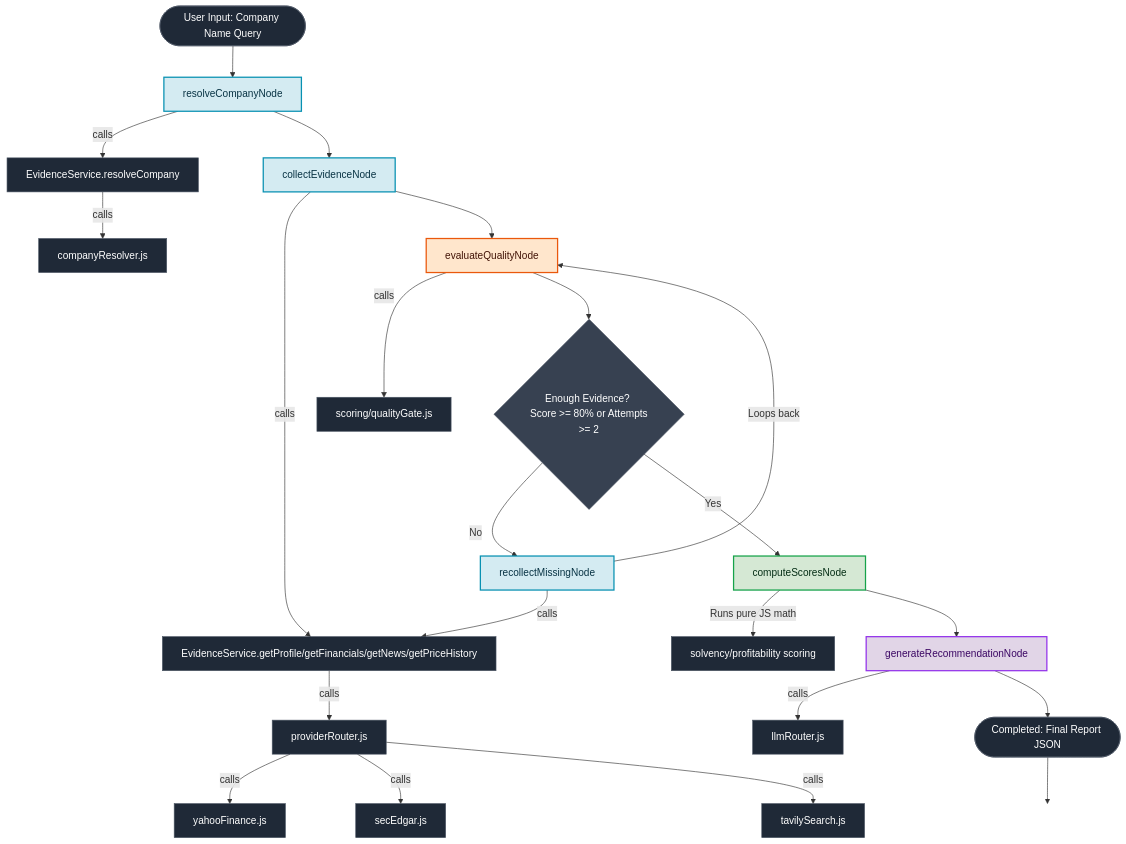
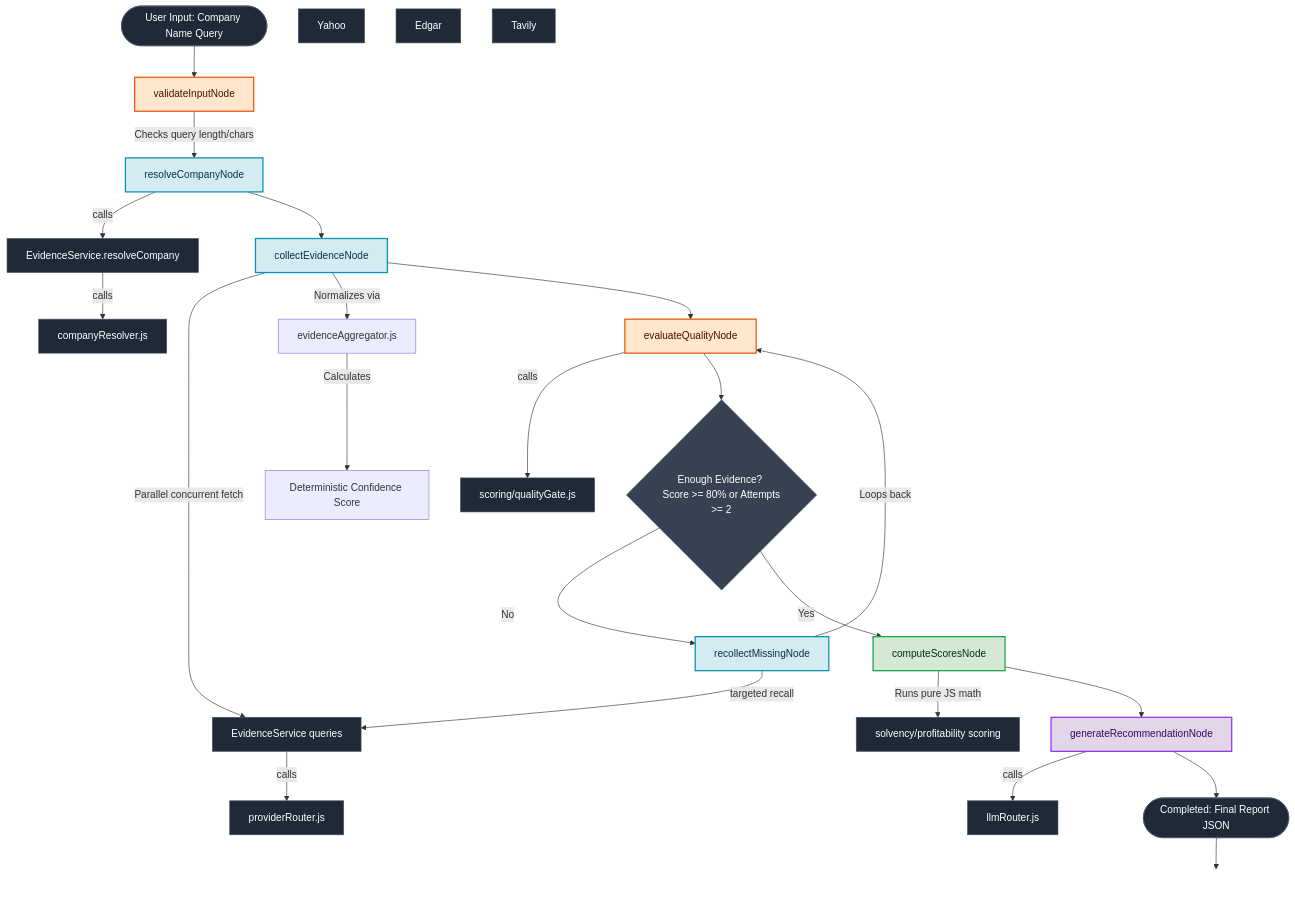
One commit to ShreshthTarwey/MarketPilotAI changed the diagram in README.md. Above: the diagram before and after it, drawn with Mermaid. The commit also changed other lines of this file and 13 other files, not shown here.

First line of the commit message:
refactor(agent): polish data pipelines, add input validation, and introduce evidence aggregator

````diff
--- a/README.md
+++ b/README.md
@@ -107,71 +119,73 @@
 ```mermaid
 graph TD
-    Start([User Input: Company Name Query]) --> Node1[resolveCompanyNode]
+    Start([User Input: Company Name Query]) --> Node0[validateInputNode]
+    Node0 -- Checks query length/chars --> Node1[resolveCompanyNode]
     
     %% resolveCompanyNode calls
     Node1 -- calls --> Service[EvidenceService.resolveCompany]
     Service -- calls --> Resolver[companyResolver.js]
     
     Node1 --> Node2[collectEvidenceNode]
     
     %% collectEvidenceNode calls
-    Node2 -- calls --> Service2[EvidenceService.getProfile/getFinancials/getNews/getPriceHistory]
+    Node2 -- Parallel concurrent fetch --> Service2[EvidenceService queries]
     Service2 -- calls --> Router[providerRouter.js]
-    Router -- calls --> Yahoo[yahooFinance.js]
-    Router -- calls --> Edgar[secEdgar.js]
-    Router -- calls --> Tavily[tavilySearch.js]
+    
+    Node2 -- Normalizes via --> Aggregator[evidenceAggregator.js]
+    Aggregator -- Calculates --> Confidence[Deterministic Confidence Score]
     
     Node2 --> Node3[evaluateQualityNode]
     
     %% evaluateQualityNode calls
     Node3 -- calls --> Gate[scoring/qualityGate.js]
     
     Node3 --> Edge{Enough Evidence? <br> Score >= 80% or Attempts >= 2}
     
     %% Branching
     Edge -- No --> Node4[recollectMissingNode]
-    Node4 -- calls --> Service2
+    Node4 -- targeted recall --> Service2
     Node4 -- Loops back --> Node3
     
     Edge -- Yes --> Node5[computeScoresNode]
     
     %% computeScoresNode calls
     Node5 -- Runs pure JS math --> Scorecard[solvency/profitability scoring]
     
     Node5 --> Node6[generateRecommendationNode]
     
     %% generateRecommendationNode calls
     Node6 -- calls --> LLM[llmRouter.js]
     
     Node6 --> End([Completed: Final Report JSON])
     
     %% Spacer to prevent GitHub controls overlap
     End --> Spacer["&nbsp;&nbsp;&nbsp;&nbsp;&nbsp;&nbsp;&nbsp;&nbsp;"]
     
     %% Node Styling for high contrast dark & light mode
     style Start fill:#1f2937,stroke:#4b5563,stroke-width:1px,color:#fff
     style End fill:#1f2937,stroke:#4b5563,stroke-width:1px,color:#fff
     style Spacer fill:none,stroke:none
     
     style Service fill:#1f2937,stroke:#4b5563,stroke-width:1px,color:#fff
     style Resolver fill:#1f2937,stroke:#4b5563,stroke-width:1px,color:#fff
     style Service2 fill:#1f2937,stroke:#4b5563,stroke-width:1px,color:#fff
     style Router fill:#1f2937,stroke:#4b5563,stroke-width:1px,color:#fff
     style Yahoo fill:#1f2937,stroke:#4b5563,stroke-width:1px,color:#fff
     style Edgar fill:#1f2937,stroke:#4b5563,stroke-width:1px,color:#fff
     style Tavily fill:#1f2937,stroke:#4b5563,stroke-width:1px,color:#fff
     style Gate fill:#1f2937,stroke:#4b5563,stroke-width:1px,color:#fff
     style Scorecard fill:#1f2937,stroke:#4b5563,stroke-width:1px,color:#fff
     style LLM fill:#1f2937,stroke:#4b5563,stroke-width:1px,color:#fff
     
     style Edge fill:#374151,stroke:#4b5563,stroke-width:1px,color:#fff
     
+    style Node0 fill:#ffe6cc,stroke:#ea580c,stroke-width:2px,color:#431407
     style Node1 fill:#d4ebf2,stroke:#0891b2,stroke-width:2px,color:#083344
     style Node2 fill:#d4ebf2,stroke:#0891b2,stroke-width:2px,color:#083344
     style Node4 fill:#d4ebf2,stroke:#0891b2,stroke-width:2px,color:#083344
     
     style Node3 fill:#ffe6cc,stroke:#ea580c,stroke-width:2px,color:#431407
     
     style Node5 fill:#d5e8d4,stroke:#16a34a,stroke-width:2px,color:#052e16
     style Node6 fill:#e1d5e7,stroke:#9333ea,stroke-width:2px,color:#3b0764
 ```
````
